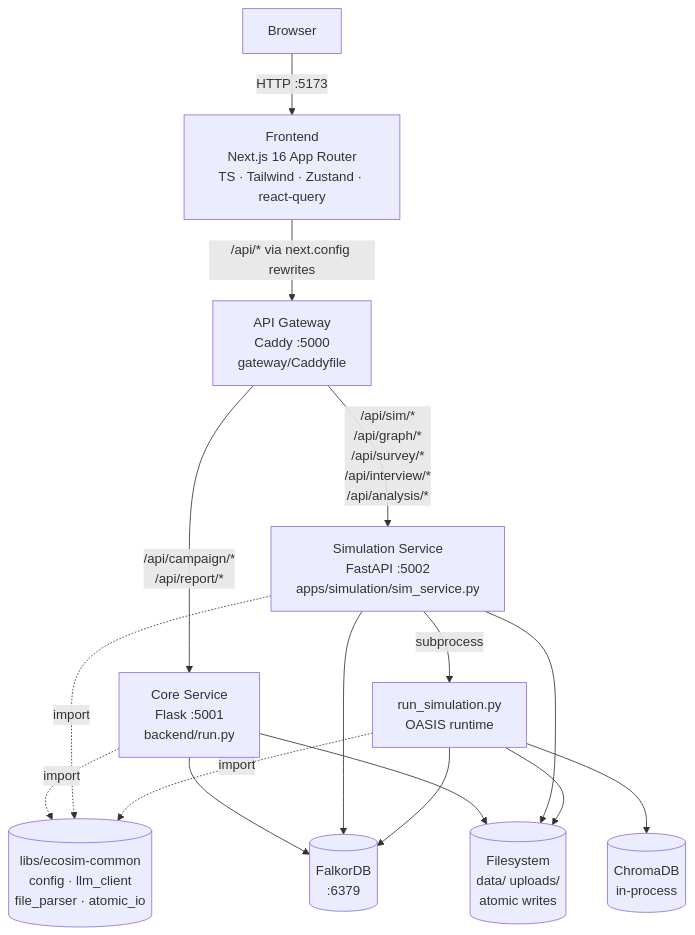
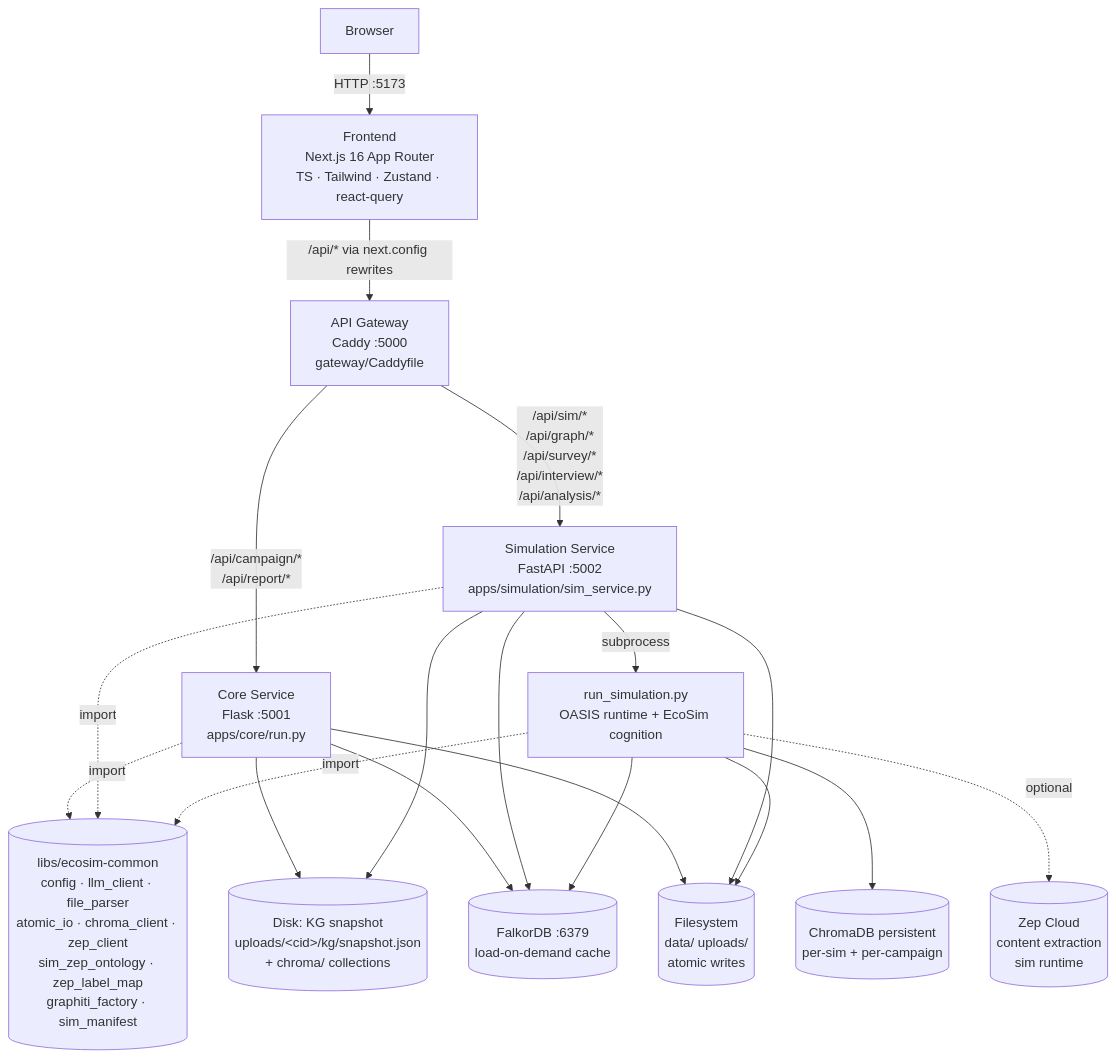
One commit to qchien643/EcoSim changed the first of 3 diagrams in docs/02_architecture.md. Above: the diagram before and after it, drawn with Mermaid. The commit also changed other lines of this file and 5 other files, not shown here.

````diff
--- a/docs/02_architecture.md
+++ b/docs/02_architecture.md
@@ -7,27 +7,32 @@
 ```mermaid
 flowchart TB
     Browser[Browser] -->|HTTP :5173| Frontend
     Frontend[Frontend<br/>Next.js 16 App Router<br/>TS · Tailwind · Zustand · react-query] -->|/api/* via next.config rewrites| Gateway
 
     Gateway[API Gateway<br/>Caddy :5000<br/>gateway/Caddyfile]
 
     Gateway -->|/api/campaign/*<br/>/api/report/*| Core
     Gateway -->|/api/sim/*<br/>/api/graph/*<br/>/api/survey/*<br/>/api/interview/*<br/>/api/analysis/*| Sim
 
-    Core[Core Service<br/>Flask :5001<br/>backend/run.py]
+    Core[Core Service<br/>Flask :5001<br/>apps/core/run.py]
     Sim[Simulation Service<br/>FastAPI :5002<br/>apps/simulation/sim_service.py]
 
-    Shared[(libs/ecosim-common<br/>config · llm_client<br/>file_parser · atomic_io)]
+    Shared[(libs/ecosim-common<br/>config · llm_client · file_parser<br/>atomic_io · chroma_client · zep_client<br/>sim_zep_ontology · zep_label_map<br/>graphiti_factory · sim_manifest)]
     Core -.import.-> Shared
     Sim -.import.-> Shared
 
-    Core --> FalkorDB[(FalkorDB<br/>:6379)]
+    Snapshot[(Disk: KG snapshot<br/>uploads/&lt;cid&gt;/kg/snapshot.json<br/>+ chroma/ collections)]
+    Core --> Snapshot
+    Sim --> Snapshot
+
+    Core --> FalkorDB[(FalkorDB :6379<br/>load-on-demand cache)]
     Core --> FS[(Filesystem<br/>data/ uploads/<br/>atomic writes)]
     Sim --> FalkorDB
     Sim --> FS
-    Sim -->|subprocess| Runner[run_simulation.py<br/>OASIS runtime]
+    Sim -->|subprocess| Runner[run_simulation.py<br/>OASIS runtime + EcoSim cognition]
     Runner -.import.-> Shared
     Runner --> FalkorDB
     Runner --> FS
-    Runner --> ChromaDB[(ChromaDB<br/>in-process)]
+    Runner --> ChromaDB[(ChromaDB persistent<br/>per-sim + per-campaign)]
+    Runner -.optional.-> Zep[(Zep Cloud<br/>content extraction<br/>sim runtime)]
 ```
````
